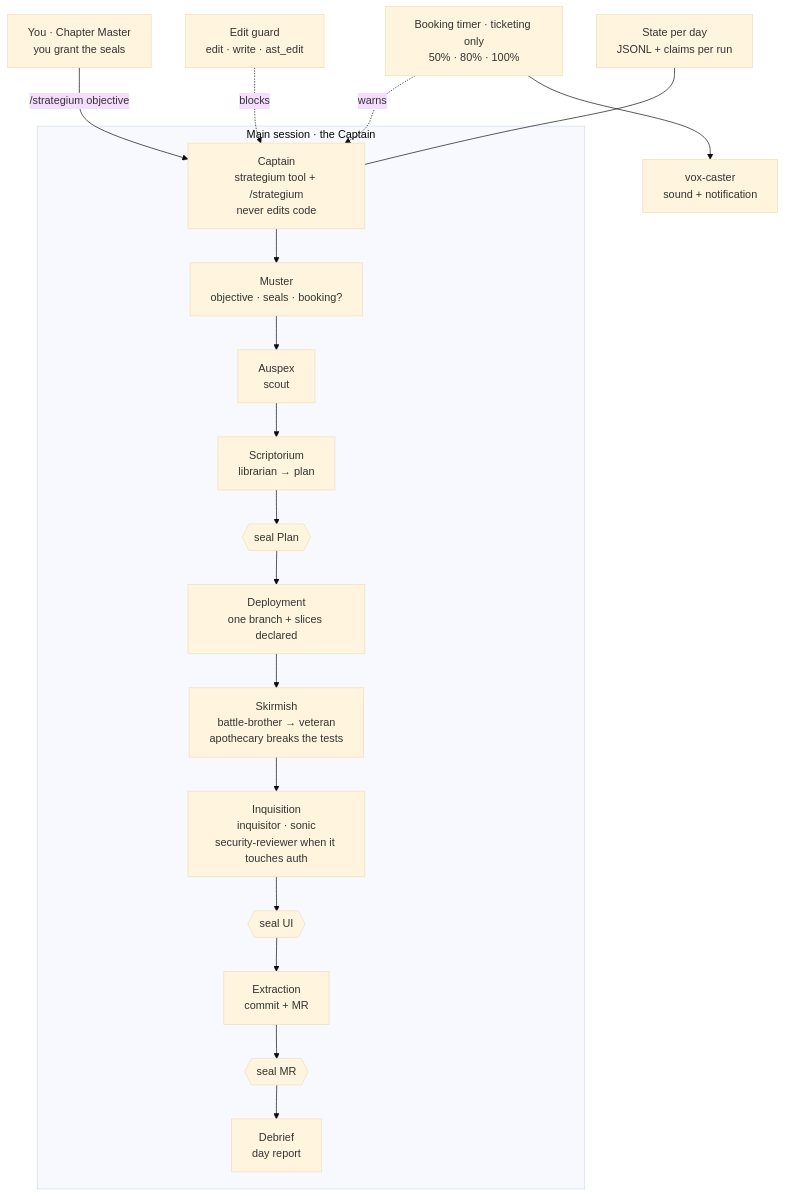
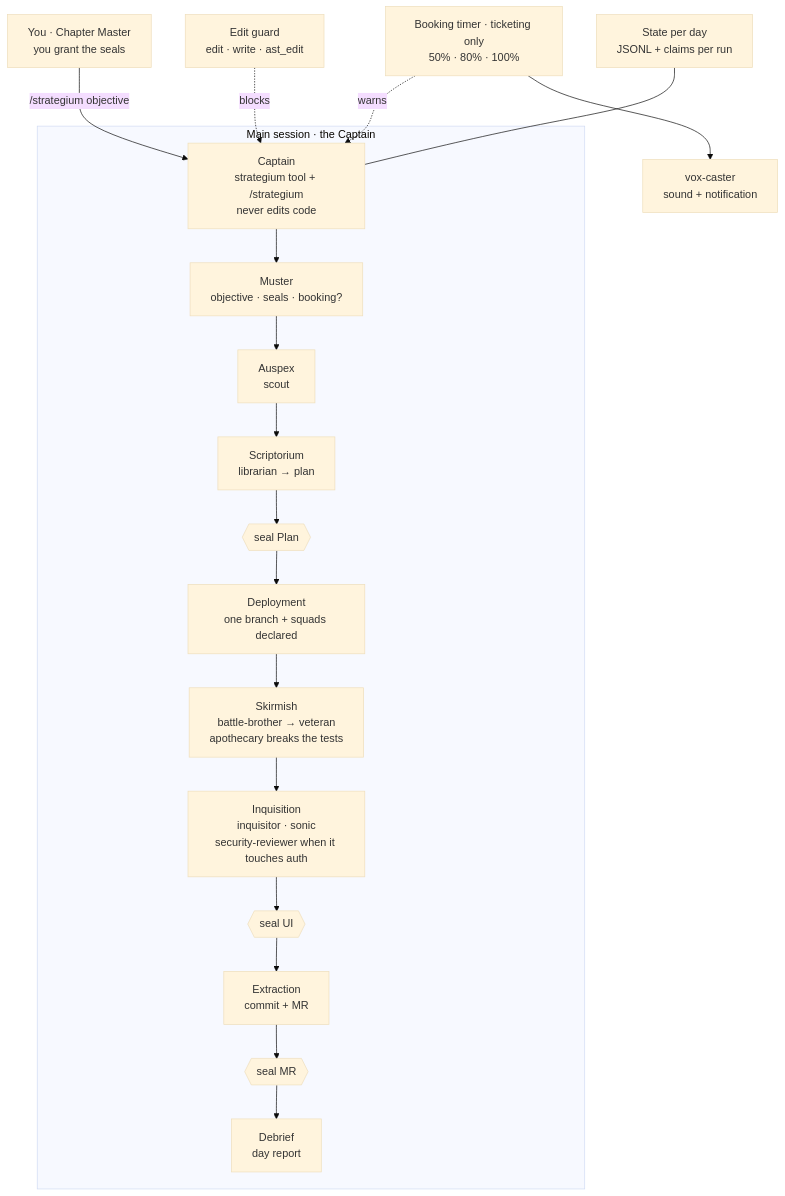
One commit to frandev94/strategium changed the diagram in README.md. Above: the diagram before and after it, drawn with Mermaid (base theme). The commit also changed other lines of this file and 13 other files, not shown here.

````diff
--- a/README.md
+++ b/README.md
@@ -33,22 +33,22 @@
 ```mermaid
 flowchart TB
   U["You · Chapter Master<br/>you grant the seals"] -->|"/strategium objective"| C
   subgraph run["Main session · the Captain"]
     C["Captain<br/>strategium tool + /strategium<br/>never edits code"]
     C --> M["Muster<br/>objective · seals · booking?"]
     M --> A["Auspex<br/>scout"]
     A --> B["Scriptorium<br/>librarian → plan"]
     B --> S1{{"seal Plan"}}
-    S1 --> D["Deployment<br/>one branch + slices declared"]
+    S1 --> D["Deployment<br/>one branch + squads declared"]
     D --> E["Skirmish<br/>battle-brother → veteran<br/>apothecary breaks the tests"]
     E --> I["Inquisition<br/>inquisitor · sonic<br/>security-reviewer when it touches auth"]
     I --> S2{{"seal UI"}}
     S2 --> X["Extraction<br/>commit + MR"]
     X --> S3{{"seal MR"}}
     S3 --> F["Debrief<br/>day report"]
   end
   T["Booking timer · ticketing only<br/>50% · 80% · 100%"] -.->|warns| C
   T --> V["vox-caster<br/>sound + notification"]
   G["Edit guard<br/>edit · write · ast_edit"] -.->|blocks| C
   R["State per day<br/>JSONL + claims per run"] --- C
 ```
````
